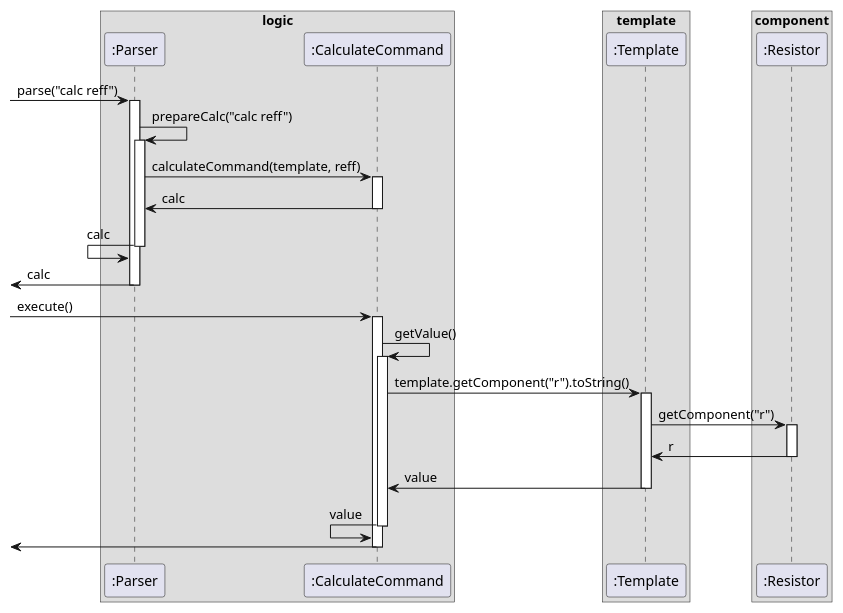
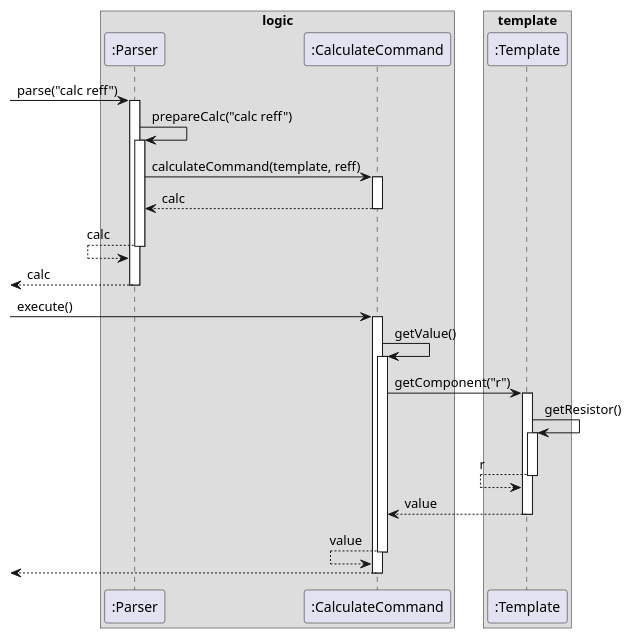
The diagram in docs/diagrams/CalcReffSequenceDiagram.puml (sevenseasofbri/tp), drawn with PlantUML before and after one commit. The commit also changed 18 other files, not shown here.

Commit message:
Update UML diagrams

```diff
--- a/docs/diagrams/CalcReffSequenceDiagram.puml
+++ b/docs/diagrams/CalcReffSequenceDiagram.puml
@@ -1,56 +1,52 @@
 @startuml
 box logic
 participant ":Parser" as Parser
 participant ":CalculateCommand" as CalculateCommand
 end box
 
 box template
 participant ":Template" as Template
-end box
-
-box component
-participant ":Resistor" as Resistor
 end box
 
 [-> Parser : parse("calc reff")
 activate Parser
 
 Parser -> Parser : prepareCalc("calc reff")
 activate Parser
 
 Parser -> CalculateCommand : calculateCommand(template, reff)
 activate CalculateCommand
 
-Parser <- CalculateCommand : calc
+Parser <-- CalculateCommand : calc
 deactivate CalculateCommand
 
-Parser <- Parser: calc
+Parser <-- Parser: calc
 deactivate Parser
 
-[<- Parser : calc
+[<-- Parser : calc
 deactivate Parser
 
 [->CalculateCommand : execute()
 activate CalculateCommand
 
 CalculateCommand -> CalculateCommand : getValue()
 activate CalculateCommand
 
-CalculateCommand -> Template : template.getComponent("r").toString()
+CalculateCommand -> Template : getComponent("r")
 activate Template
 
-Template -> Resistor : getComponent("r")
-activate Resistor
+Template -> Template : getResistor()
+activate Template
 
-Template <- Resistor : r
-deactivate Resistor
-
-CalculateCommand <- Template : value
+Template <-- Template : r
 deactivate Template
 
-CalculateCommand <- CalculateCommand : value
+CalculateCommand <-- Template : value
+deactivate Template
+
+CalculateCommand <-- CalculateCommand : value
 deactivate CalculateCommand
 
-[<- CalculateCommand
+[<-- CalculateCommand
 deactivate CalculateCommand
 @enduml
```
